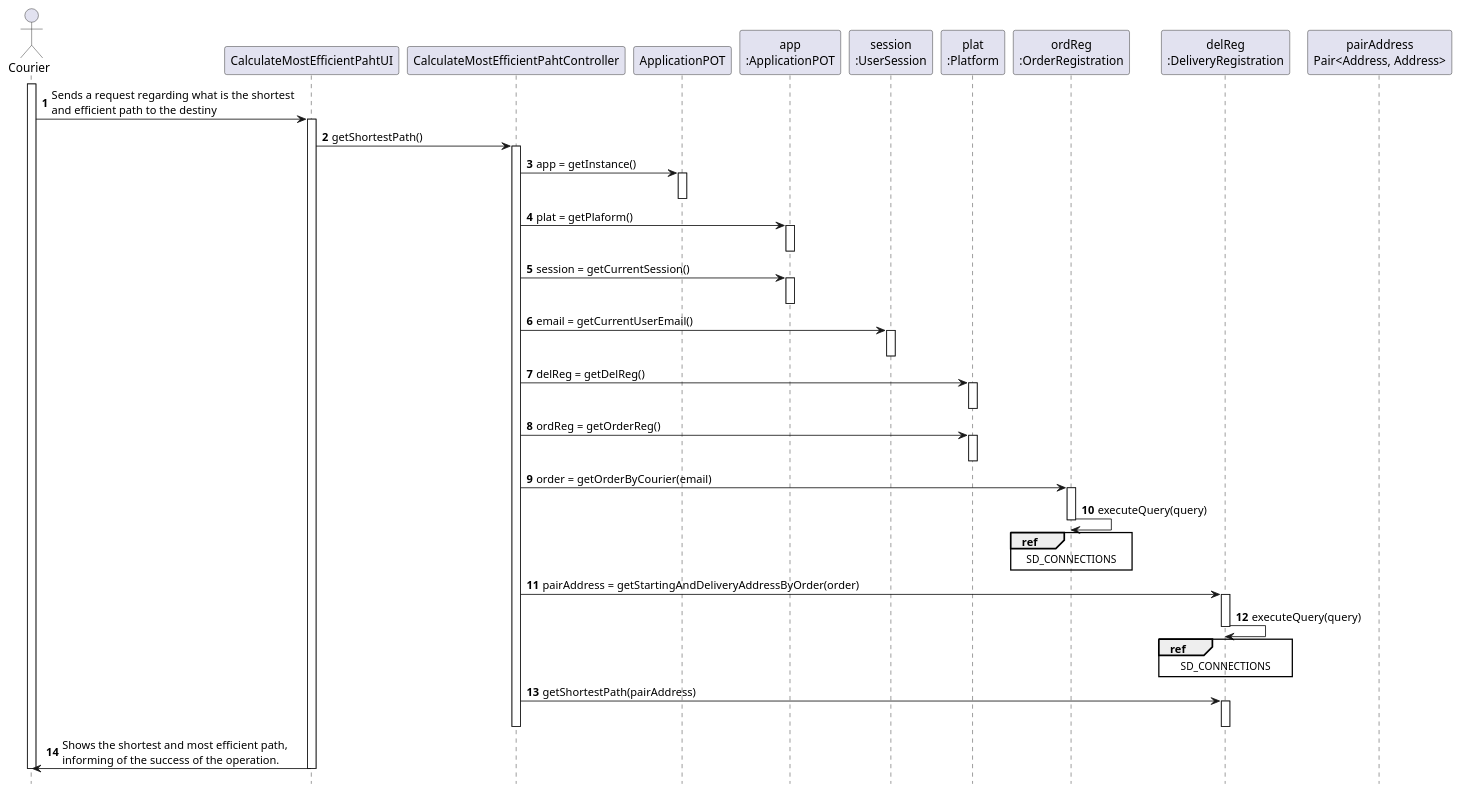
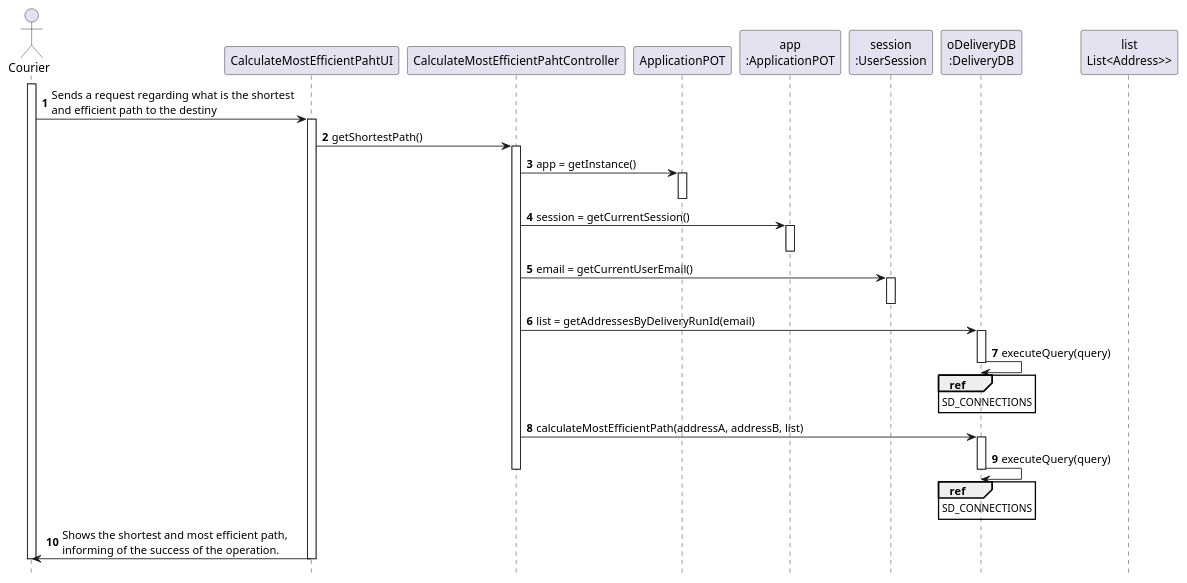
One commit to tiagoavcosta25/LAPR3 changed the diagram in docs/Iteration 2/Delivery Management/Refinement/US23_CalculateMostEfficientPath/US23_SD.puml. Above: the diagram before and after it, drawn with PlantUML. The commit also changed 3 other files, not shown here.

Commit message:
LAPR2AP2-122 #refinement fixing SD [Design] LAPR2AP2-122 #refinement fixing getShortestPathMethod and unit tests[Implementation]

```diff
--- a/docs/Iteration 2/Delivery Management/Refinement/US23_CalculateMostEfficientPath/US23_SD.puml
+++ b/docs/Iteration 2/Delivery Management/Refinement/US23_CalculateMostEfficientPath/US23_SD.puml
@@ -1,66 +1,49 @@
 @startuml
 autonumber
 hide footbox
 
 actor "Courier" as COUR
 
 participant "CalculateMostEfficientPahtUI" as UI
 participant "CalculateMostEfficientPahtController" as CTRL
 participant "ApplicationPOT" as _APP
 participant "app\n:ApplicationPOT" as APP
 participant "session\n:UserSession" as SESSION
-participant "plat\n:Platform" as PLAT
-participant "ordReg\n:OrderRegistration" as ORDREG
-participant "delReg\n:DeliveryRegistration" as DELREG
-participant "pairAddress\nPair<Address, Address>" as PAIR
+participant "oDeliveryDB\n:DeliveryDB" as DELDB
+participant "list\nList<Address>>" as LIST
 
 activate COUR
 
 COUR -> UI : Sends a request regarding what is the shortest \nand efficient path to the destiny
 activate UI
 UI -> CTRL : getShortestPath()
 activate CTRL
 CTRL -> _APP: app = getInstance()
 activate _APP
 deactivate _APP
 
-CTRL -> APP: plat = getPlaform()
-activate APP
-deactivate APP
 CTRL -> APP: session = getCurrentSession()
 activate APP
 deactivate APP
 
 CTRL -> SESSION : email = getCurrentUserEmail()
 activate SESSION
 deactivate SESSION
 
-CTRL -> PLAT : delReg = getDelReg()
+CTRL -> DELDB : list = getAddressesByDeliveryRunId(email)
+activate DELDB
+DELDB -> DELDB : executeQuery(query)
+ref over DELDB : SD_CONNECTIONS
+deactivate DELDB
+CTRL -> DELDB : calculateMostEfficientPath(addressA, addressB, list)
+activate DELDB
+DELDB -> DELDB : executeQuery(query)
+ref over DELDB : SD_CONNECTIONS
+deactivate DELDB
 
-activate PLAT
-deactivate PLAT
-
-CTRL -> PLAT : ordReg = getOrderReg()
-
-activate PLAT
-deactivate PLAT
-
-CTRL -> ORDREG : order = getOrderByCourier(email)
-activate ORDREG
-ORDREG -> ORDREG : executeQuery(query)
-ref over ORDREG : SD_CONNECTIONS
-deactivate ORDREG
-CTRL -> DELREG : pairAddress = getStartingAndDeliveryAddressByOrder(order)
-activate DELREG
-DELREG -> DELREG : executeQuery(query)
-ref over DELREG : SD_CONNECTIONS
-deactivate DELREG
-CTRL -> DELREG : getShortestPath(pairAddress)
-activate DELREG
-deactivate DELREG
 deactivate CTRL
 UI -> COUR : Shows the shortest and most efficient path, \ninforming of the success of the operation.
 deactivate UI
 deactivate COUR
 
 @enduml
```
